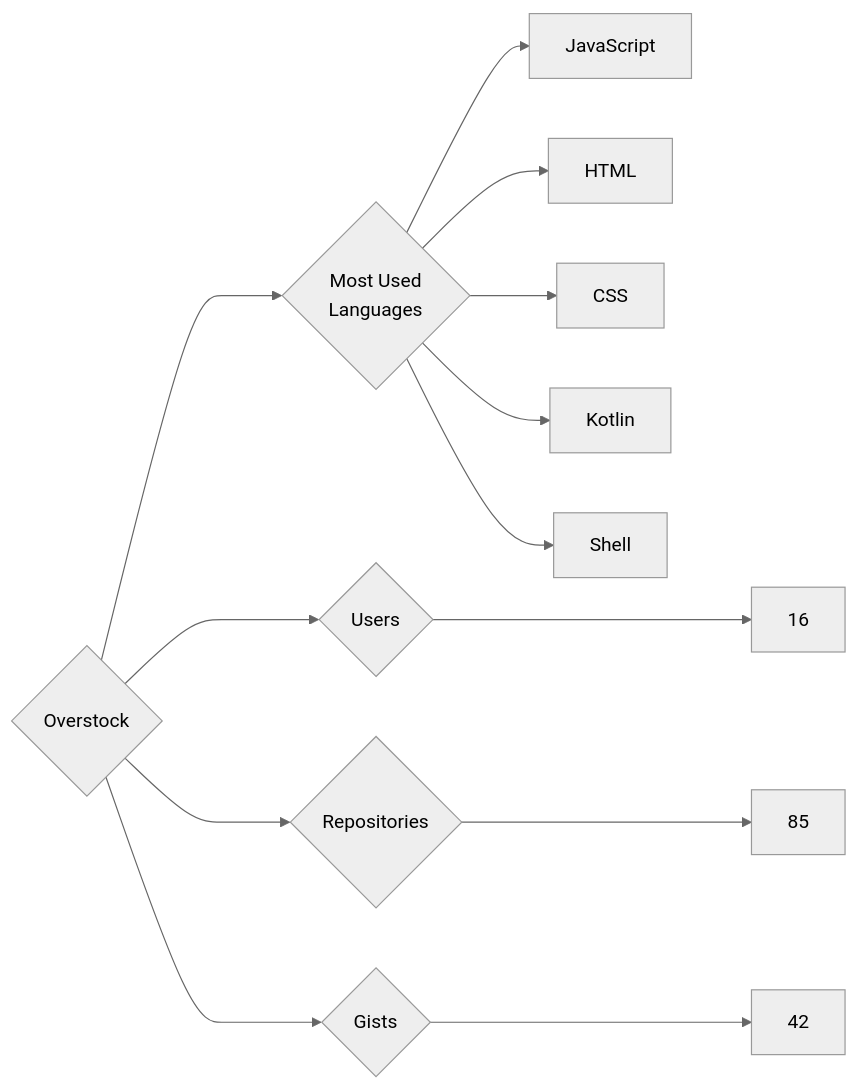
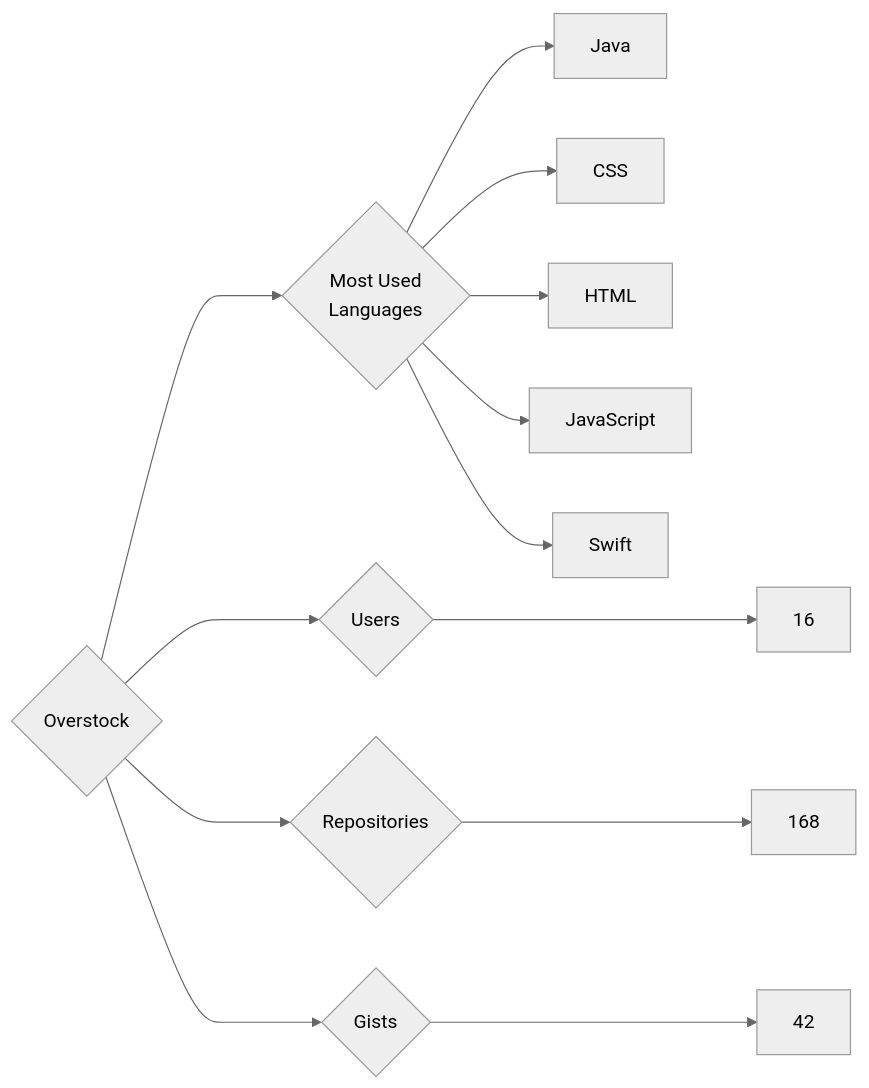
The diagram in targets/Overstock/README.md (trickest/insiders), drawn with Mermaid (neutral theme) before and after one commit. The commit also changed 681 other files, not shown here.

````diff
--- a/targets/Overstock/README.md
+++ b/targets/Overstock/README.md
@@ -3,13 +3,13 @@
 ```mermaid
 graph LR
 COMPANY_NAME{Overstock}
 COMPANY_NAME ---> U{Users} ---> UN[16]
-COMPANY_NAME ---> R{Repositories} ---> RN[85]
+COMPANY_NAME ---> R{Repositories} ---> RN[168]
 COMPANY_NAME ---> G{Gists} ---> GN[42]
 COMPANY_NAME ---> ML{Most Used<br>Languages}
+ML --> Java[Java]
+ML --> CSS[CSS]
+ML --> HTML[HTML]
 ML --> JavaScript[JavaScript]
-ML --> HTML[HTML]
-ML --> CSS[CSS]
-ML --> Kotlin[Kotlin]
-ML --> Shell[Shell]
+ML --> Swift[Swift]
 ```
````
